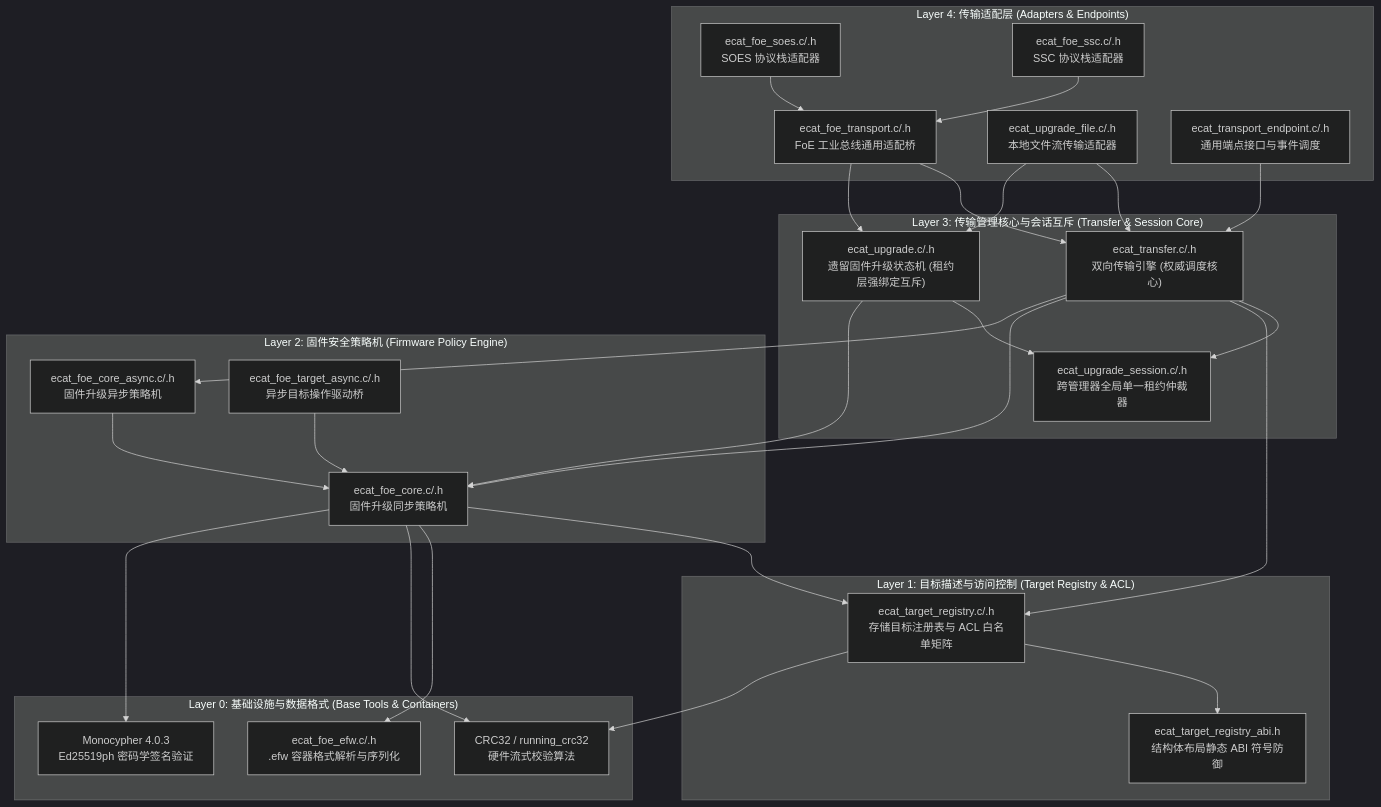
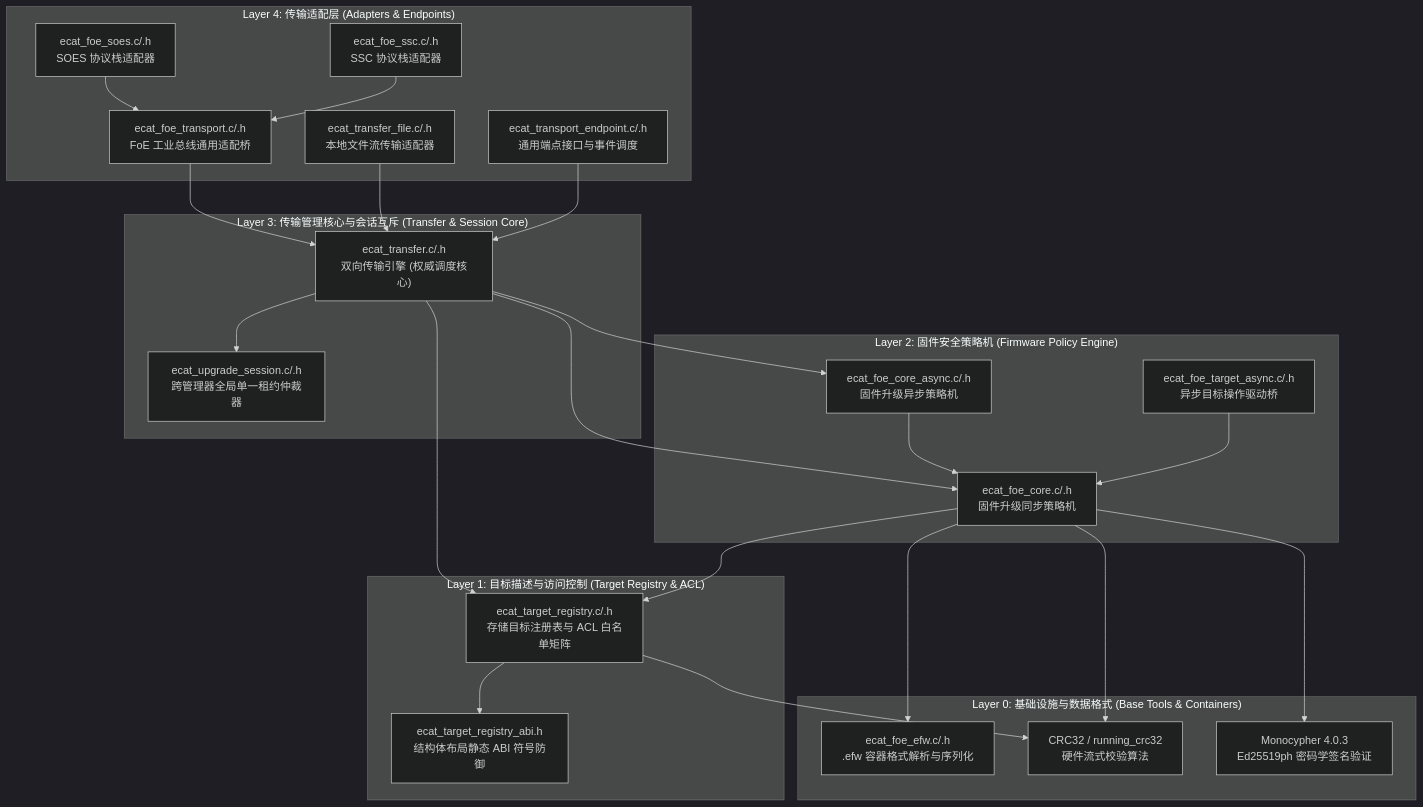
One commit to LckAndLove/embed-ldr changed the second of 2 diagrams in docs/architecture/unified-transfer-architecture.md. Above: the diagram before and after it, drawn with Mermaid (dark theme). The commit also changed other lines of this file and 18 other files, not shown here.

Commit message:
refactor: 移除旧升级管理器并统一文件流 / remove legacy upgrade manager and unify file transport

````diff
--- a/docs/architecture/unified-transfer-architecture.md
+++ b/docs/architecture/unified-transfer-architecture.md
@@ -142,58 +142,53 @@
 ```mermaid
 flowchart TD
     subgraph Layer4["Layer 4: 传输适配层 (Adapters & Endpoints)"]
         L4_SOES["ecat_foe_soes.c/.h\nSOES 协议栈适配器"]
         L4_SSC["ecat_foe_ssc.c/.h\nSSC 协议栈适配器"]
         L4_BRIDGE["ecat_foe_transport.c/.h\nFoE 工业总线通用适配桥"]
-        L4_FILE["ecat_upgrade_file.c/.h\n本地文件流传输适配器"]
+        L4_FILE["ecat_transfer_file.c/.h\n本地文件流传输适配器"]
         L4_ENDPOINT["ecat_transport_endpoint.c/.h\n通用端点接口与事件调度"]
     end
 
     subgraph Layer3["Layer 3: 传输管理核心与会话互斥 (Transfer & Session Core)"]
         L3_TRANSFER["ecat_transfer.c/.h\n双向传输引擎 (权威调度核心)"]
         L3_SESSION["ecat_upgrade_session.c/.h\n跨管理器全局单一租约仲裁器"]
-        L3_LEGACY["ecat_upgrade.c/.h\n遗留固件升级状态机 (租约层强绑定互斥)"]
     end
 
     subgraph Layer2["Layer 2: 固件安全策略机 (Firmware Policy Engine)"]
         L2_CORE["ecat_foe_core.c/.h\n固件升级同步策略机"]
         L2_CORE_ASYNC["ecat_foe_core_async.c/.h\n固件升级异步策略机"]
         L2_TARGET_ASYNC["ecat_foe_target_async.c/.h\n异步目标操作驱动桥"]
     end
 
     subgraph Layer1["Layer 1: 目标描述与访问控制 (Target Registry & ACL)"]
         L1_REGISTRY["ecat_target_registry.c/.h\n存储目标注册表与 ACL 白名单矩阵"]
         L1_ABI["ecat_target_registry_abi.h\n结构体布局静态 ABI 符号防御"]
     end
 
     subgraph Layer0["Layer 0: 基础设施与数据格式 (Base Tools & Containers)"]
         L0_EFW["ecat_foe_efw.c/.h\n.efw 容器格式解析与序列化"]
         L0_CRC["CRC32 / running_crc32\n硬件流式校验算法"]
         L0_CRYPTO["Monocypher 4.0.3\nEd25519ph 密码学签名验证"]
     end
 
     L4_SOES --> L4_BRIDGE
     L4_SSC --> L4_BRIDGE
     L4_BRIDGE --> L3_TRANSFER
-    L4_BRIDGE --> L3_LEGACY
     L4_FILE --> L3_TRANSFER
-    L4_FILE --> L3_LEGACY
     L4_ENDPOINT --> L3_TRANSFER
 
     L3_TRANSFER --> L3_SESSION
     L3_TRANSFER --> L1_REGISTRY
     L3_TRANSFER --> L2_CORE
     L3_TRANSFER --> L2_CORE_ASYNC
-    L3_LEGACY --> L3_SESSION
-    L3_LEGACY --> L2_CORE
 
     L2_CORE --> L1_REGISTRY
     L2_CORE --> L0_EFW
     L2_CORE --> L0_CRC
     L2_CORE --> L0_CRYPTO
     L2_CORE_ASYNC --> L2_CORE
     L2_TARGET_ASYNC --> L2_CORE
 
     L1_REGISTRY --> L1_ABI
     L1_REGISTRY --> L0_CRC
 ```
````
